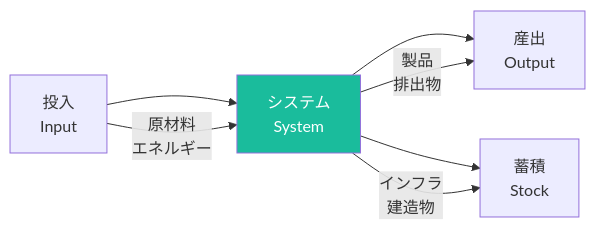
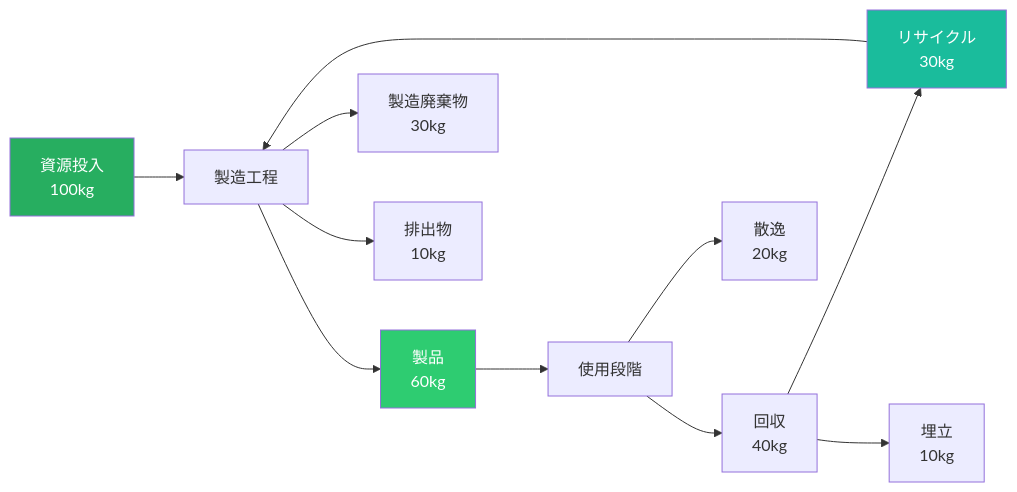
The third of 3 diagrams in docs/books/06-sustainable-design/ch02-lifecycle-assessment.md (Hide-nu/Designer-curriculum), drawn with Mermaid before and after one commit. The commit also changed other lines of this file and 13 other files, not shown here.

````diff
--- a/docs/books/06-sustainable-design/ch02-lifecycle-assessment.md
+++ b/docs/books/06-sustainable-design/ch02-lifecycle-assessment.md
@@ -147,12 +141,17 @@
 ```mermaid
 graph LR
-    A[投入<br/>Input] --> B[システム<br/>System]
-    B --> C[産出<br/>Output]
-    B --> D[蓄積<br/>Stock]
+    A[資源投入<br/>100kg] --> B[製造工程]
+    B --> C[製品<br/>60kg]
+    B --> D[製造廃棄物<br/>30kg]
+    B --> E[排出物<br/>10kg]
+    C --> F[使用段階]
+    F --> G[回収<br/>40kg]
+    F --> H[散逸<br/>20kg]
+    G --> I[リサイクル<br/>30kg]
+    G --> J[埋立<br/>10kg]
+    I --> B
 
-    A -->|原材料<br/>エネルギー| B
-    B -->|製品<br/>排出物| C
-    B -->|インフラ<br/>建造物| D
-
-    style B fill:#1ABC9C,color:#fff
+    style A fill:#27AE60,color:#fff
+    style C fill:#2ECC71,color:#fff
+    style I fill:#1ABC9C,color:#fff
 ```
````
